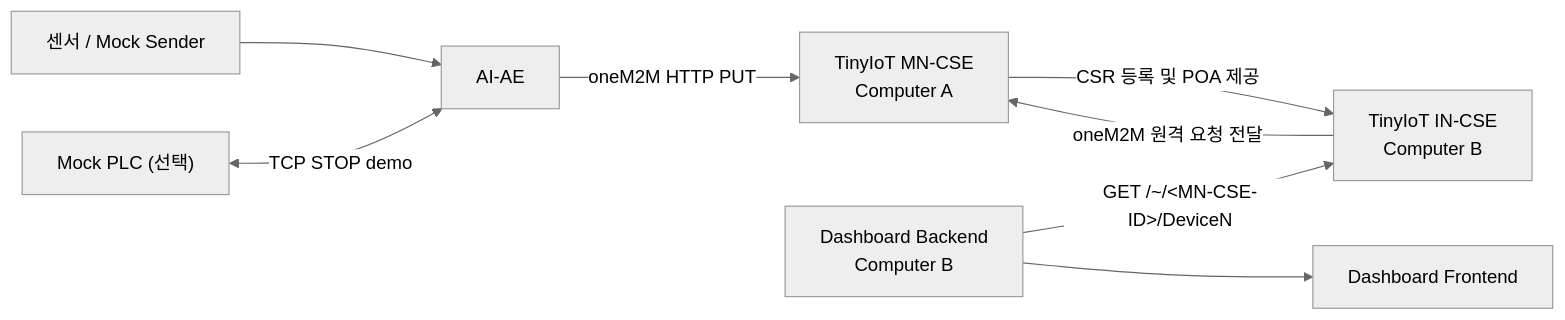
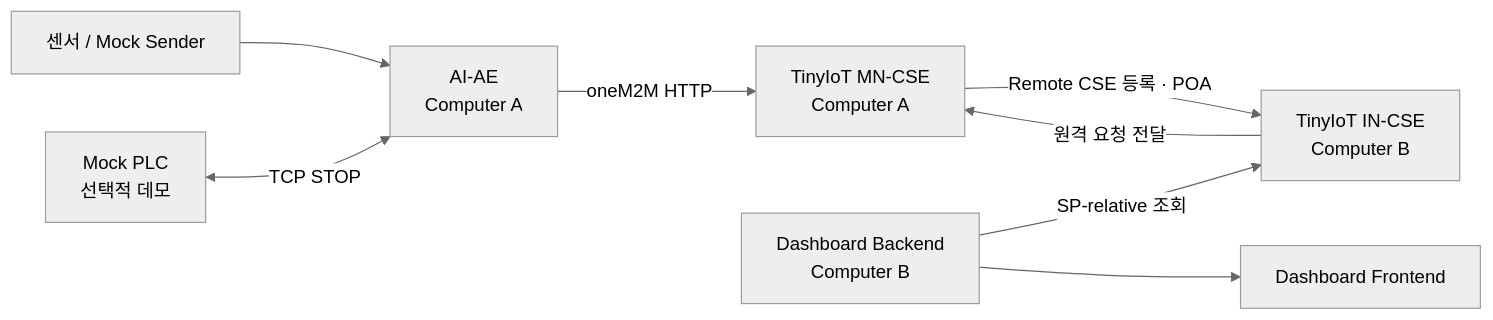
Before and after one commit to seungwon20/oneM2M-project: the diagram in README.md, drawn with Mermaid (neutral theme). The commit also changed other lines of this file and 22 other files, not shown here.

````diff
--- a/README.md
+++ b/README.md
@@ -31,10 +35,10 @@
 ```mermaid
 flowchart LR
-    S["센서 / Mock Sender"] --> AE["AI-AE"]
-    AE -->|"oneM2M HTTP PUT"| MN["TinyIoT MN-CSE<br/>Computer A"]
-    MN -->|"CSR 등록 및 POA 제공"| IN["TinyIoT IN-CSE<br/>Computer B"]
-    D["Dashboard Backend<br/>Computer B"] -->|"GET /~/&lt;MN-CSE-ID&gt;/DeviceN"| IN
-    IN -->|"oneM2M 원격 요청 전달"| MN
-    D --> UI["Dashboard Frontend"]
-    PLC["Mock PLC (선택)"] <-->|"TCP STOP demo"| AE
+    S["센서 / Mock Sender"] --> AE["AI-AE<br/>Computer A"]
+    AE -->|"oneM2M HTTP"| MN["TinyIoT MN-CSE<br/>Computer A"]
+    MN -->|"Remote CSE 등록 · POA"| IN["TinyIoT IN-CSE<br/>Computer B"]
+    DB["Dashboard Backend<br/>Computer B"] -->|"SP-relative 조회"| IN
+    IN -->|"원격 요청 전달"| MN
+    DB --> UI["Dashboard Frontend"]
+    PLC["Mock PLC<br/>선택적 데모"] <-->|"TCP STOP"| AE
 ```
````
